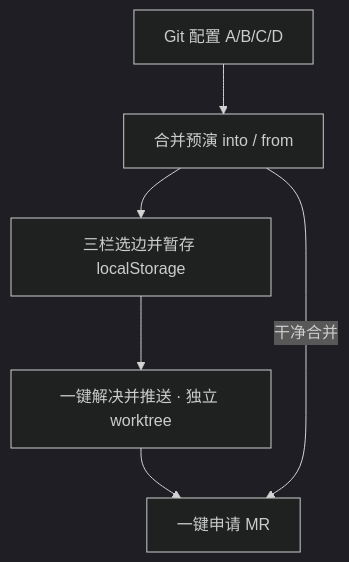
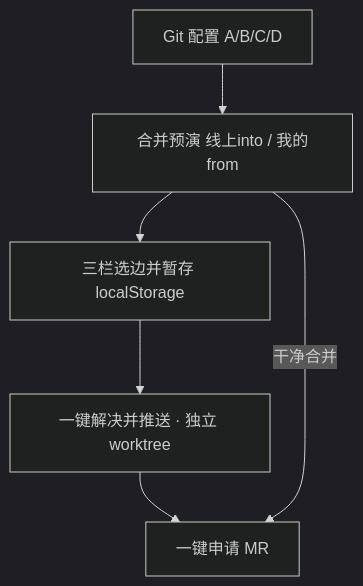
The diagram in docs/project-design.md (shaohui-jin/git-skills), drawn with Mermaid (dark theme) before and after one commit. The commit also changed other lines of this file and 21 other files, not shown here.

````diff
--- a/docs/project-design.md
+++ b/docs/project-design.md
@@ -48,8 +51,8 @@
 ```mermaid
 flowchart TD
-  cfg[Git 配置 A/B/C/D] --> preview[合并预演 into / from]
+  cfg[Git 配置 A/B/C/D] --> preview[合并预演 线上into / 我的from]
   preview --> stash[三栏选边并暂存 localStorage]
   stash --> resolve[一键解决并推送 · 独立 worktree]
   resolve --> mr[一键申请 MR]
   preview -->|干净合并| mr
 ```
````
